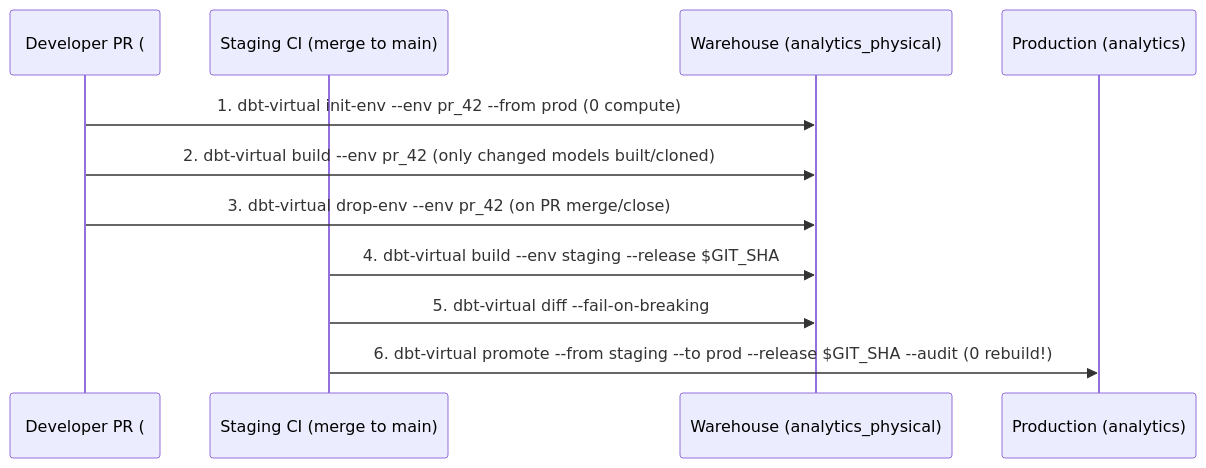
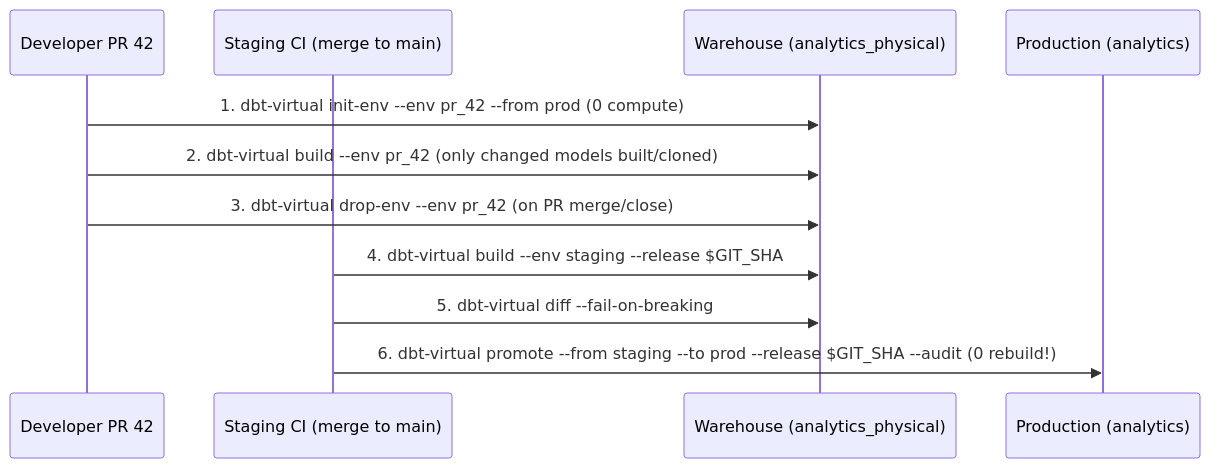
The diagram in docs/guides/ci_cd_workflows.md (Flip-to/dbt-virtual), drawn with Mermaid before and after one commit.

Commit message:
Docs: drop '#' from a Mermaid participant label (Mermaid cut the label at '#')

````diff
--- a/docs/guides/ci_cd_workflows.md
+++ b/docs/guides/ci_cd_workflows.md
@@ -9,15 +9,15 @@
 ```mermaid
 sequenceDiagram
-    participant Dev as Developer PR (#42)
+    participant Dev as Developer PR 42
     participant STG as Staging CI (merge to main)
     participant WH as Warehouse (analytics_physical)
     participant PRD as Production (analytics)
 
     Dev->>WH: 1. dbt-virtual init-env --env pr_42 --from prod (0 compute)
     Dev->>WH: 2. dbt-virtual build --env pr_42 (only changed models built/cloned)
     Dev->>WH: 3. dbt-virtual drop-env --env pr_42 (on PR merge/close)
 
     STG->>WH: 4. dbt-virtual build --env staging --release $GIT_SHA
     STG->>WH: 5. dbt-virtual diff --fail-on-breaking
     STG->>PRD: 6. dbt-virtual promote --from staging --to prod --release $GIT_SHA --audit (0 rebuild!)
 ```
````
